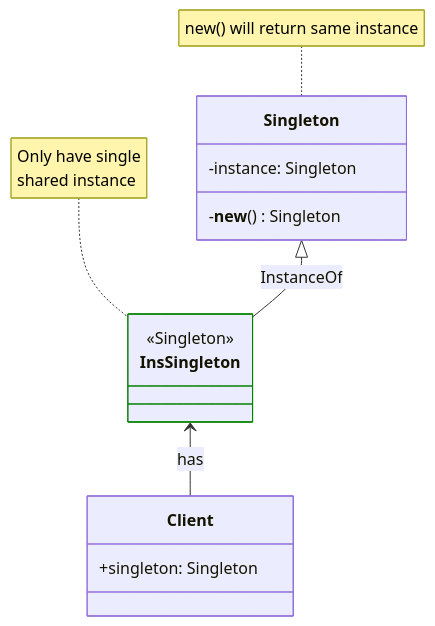
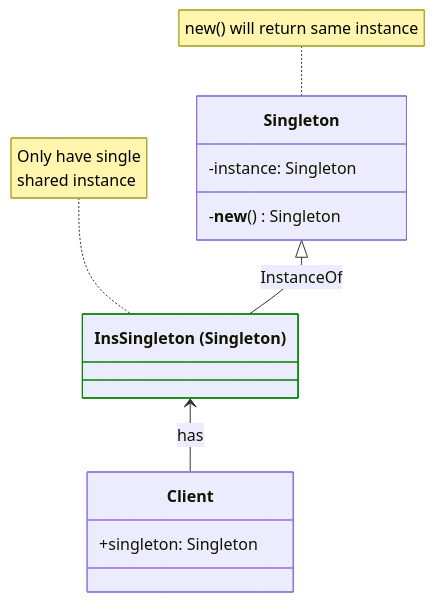
The first of 2 diagrams in design_patterns/docs/1000_singleton.md (arunnambyar/tutorials), drawn with Mermaid before and after one commit. The commit also changed 13 other files, not shown here.

````diff
--- a/design_patterns/docs/1000_singleton.md
+++ b/design_patterns/docs/1000_singleton.md
@@ -29,23 +29,23 @@
 ```mermaid
 classDiagram
     direction TB
 
     class Singleton{
         -instance: Singleton
         -__new__() Singleton
     }
 
-    class InsSingleton <<Singleton>>{
+    class InsSingleton["InsSingleton (Singleton)"] {
     }
     style InsSingleton stroke:green
 
     class Client{
         +singleton: Singleton
     }
 
     Singleton <|-- InsSingleton : InstanceOf
     note for InsSingleton "Only have single<br>shared instance"
     note for Singleton "new() will return same instance"
 
     InsSingleton <-- Client: has
 ```
````
